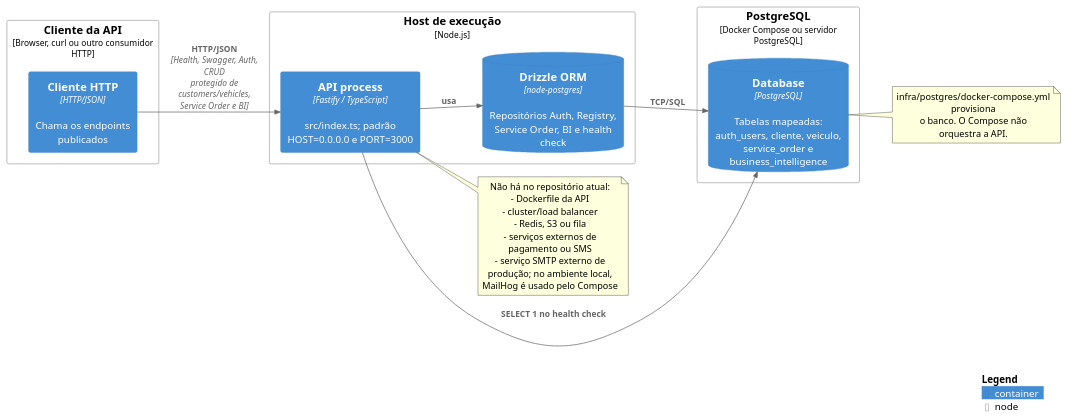
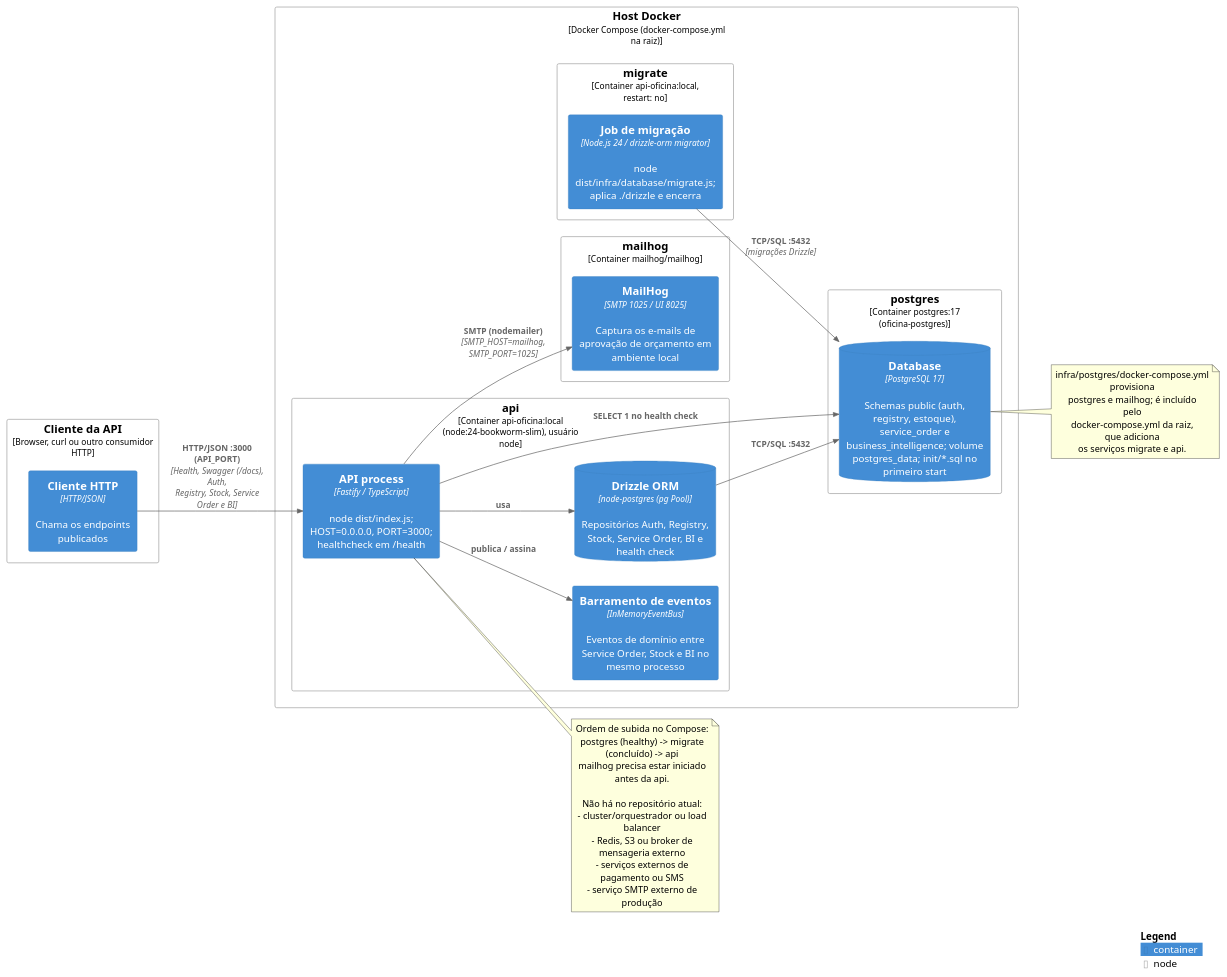
The diagram in docs/plantuml/deployment.puml (15soat-fiap-45/api.mecanica), drawn with PlantUML before and after one commit. The commit also changed 1 other file, not shown here.

Commit message:
docs: atualiza diagramas de deployment e modelo E-R
- deployment.puml reflete o Docker Compose atual (postgres, migrate, api, mailhog),
  o barramento de eventos em memória e o envio SMTP via MailHog.
- database-er.puml inclui as tabelas de estoque (peca_insumo, estoque,
  movimento_estoque, reserva_estoque) e suas relações.

```diff
--- a/docs/plantuml/deployment.puml
+++ b/docs/plantuml/deployment.puml
@@ -1,37 +1,56 @@
 @startuml Deployment - Estado Atual
 !include https://raw.githubusercontent.com/plantuml-stdlib/C4-PlantUML/master/C4_Deployment.puml
 LAYOUT_LEFT_RIGHT()
 
 Deployment_Node(client, "Cliente da API", "Browser, curl ou outro consumidor HTTP") {
     Container(client_tool, "Cliente HTTP", "HTTP/JSON", "Chama os endpoints publicados")
 }
 
-Deployment_Node(host, "Host de execução", "Node.js") {
-    Container(api_process, "API process", "Fastify / TypeScript", "src/index.ts; padrão HOST=0.0.0.0 e PORT=3000")
-    ContainerDb(drizzle, "Drizzle ORM", "node-postgres", "Repositórios Auth, Registry, Service Order, BI e health check")
+Deployment_Node(dev_host, "Host Docker", "Docker Compose (docker-compose.yml na raiz)") {
+    Deployment_Node(migrate_container, "migrate", "Container api-oficina:local, restart: no") {
+        Container(migrate_job, "Job de migração", "Node.js 24 / drizzle-orm migrator", "node dist/infra/database/migrate.js; aplica ./drizzle e encerra")
+    }
+
+    Deployment_Node(api_container, "api", "Container api-oficina:local (node:24-bookworm-slim), usuário node") {
+        Container(api_process, "API process", "Fastify / TypeScript", "node dist/index.js; HOST=0.0.0.0, PORT=3000; healthcheck em /health")
+        Container(event_bus, "Barramento de eventos", "InMemoryEventBus", "Eventos de domínio entre Service Order, Stock e BI no mesmo processo")
+        ContainerDb(drizzle, "Drizzle ORM", "node-postgres (pg Pool)", "Repositórios Auth, Registry, Stock, Service Order, BI e health check")
+    }
+
+    Deployment_Node(postgres_container, "postgres", "Container postgres:17 (oficina-postgres)") {
+        ContainerDb(postgres, "Database", "PostgreSQL 17", "Schemas public (auth, registry, estoque), service_order e business_intelligence; volume postgres_data; init/*.sql no primeiro start")
+    }
+
+    Deployment_Node(mailhog_container, "mailhog", "Container mailhog/mailhog") {
+        Container(mailhog, "MailHog", "SMTP 1025 / UI 8025", "Captura os e-mails de aprovação de orçamento em ambiente local")
+    }
 }
 
-Deployment_Node(database_runtime, "PostgreSQL", "Docker Compose ou servidor PostgreSQL") {
-    ContainerDb(postgres, "Database", "PostgreSQL", "Tabelas mapeadas: auth_users, cliente, veiculo, service_order e business_intelligence")
-}
-
-Rel(client_tool, api_process, "HTTP/JSON", "Health, Swagger, Auth, CRUD protegido de customers/vehicles, Service Order e BI")
+Rel(client_tool, api_process, "HTTP/JSON :3000 (API_PORT)", "Health, Swagger (/docs), Auth, Registry, Stock, Service Order e BI")
+Rel(api_process, event_bus, "publica / assina")
 Rel(api_process, drizzle, "usa")
-Rel(drizzle, postgres, "TCP/SQL")
+Rel(drizzle, postgres, "TCP/SQL :5432")
 Rel(api_process, postgres, "SELECT 1 no health check")
+Rel(api_process, mailhog, "SMTP (nodemailer)", "SMTP_HOST=mailhog, SMTP_PORT=1025")
+Rel(migrate_job, postgres, "TCP/SQL :5432", "migrações Drizzle")
 
 note right of api_process
+    Ordem de subida no Compose:
+    postgres (healthy) -> migrate (concluído) -> api
+    mailhog precisa estar iniciado antes da api.
+
     Não há no repositório atual:
-    - Dockerfile da API
-    - cluster/load balancer
-    - Redis, S3 ou fila
+    - cluster/orquestrador ou load balancer
+    - Redis, S3 ou broker de mensageria externo
     - serviços externos de pagamento ou SMS
-    - serviço SMTP externo de produção; no ambiente local, MailHog é usado pelo Compose
+    - serviço SMTP externo de produção
 end note
 
 note right of postgres
     infra/postgres/docker-compose.yml provisiona
-    o banco. O Compose não orquestra a API.
+    postgres e mailhog; é incluído pelo
+    docker-compose.yml da raiz, que adiciona
+    os serviços migrate e api.
 end note
 SHOW_LEGEND()
 @enduml
```
